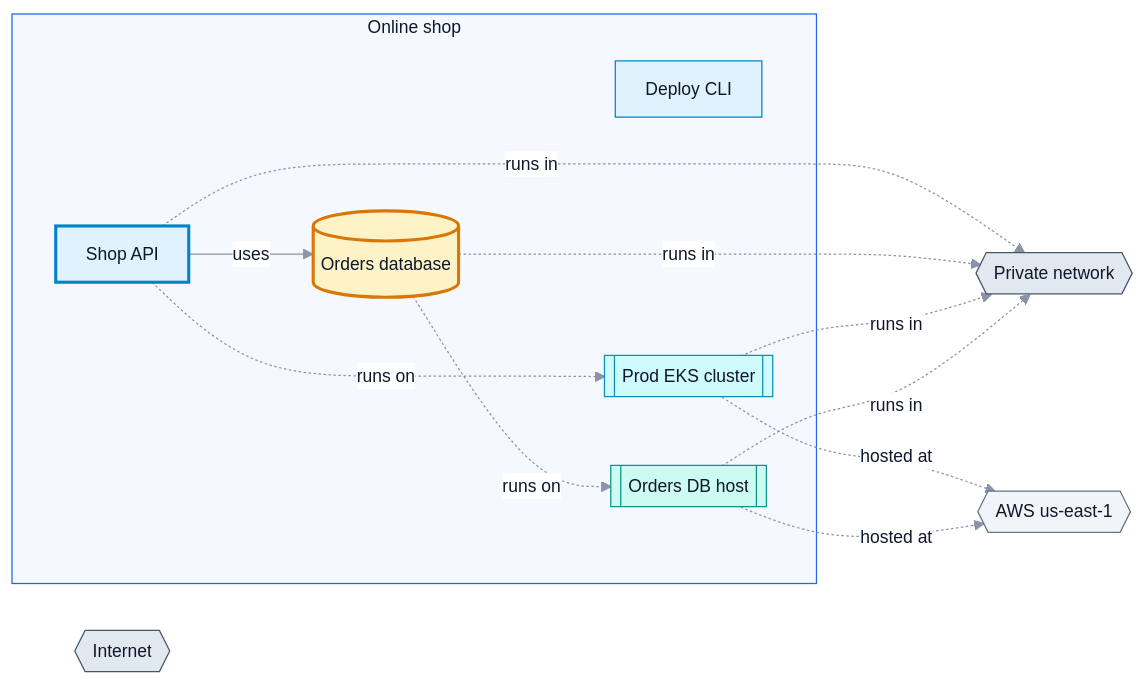
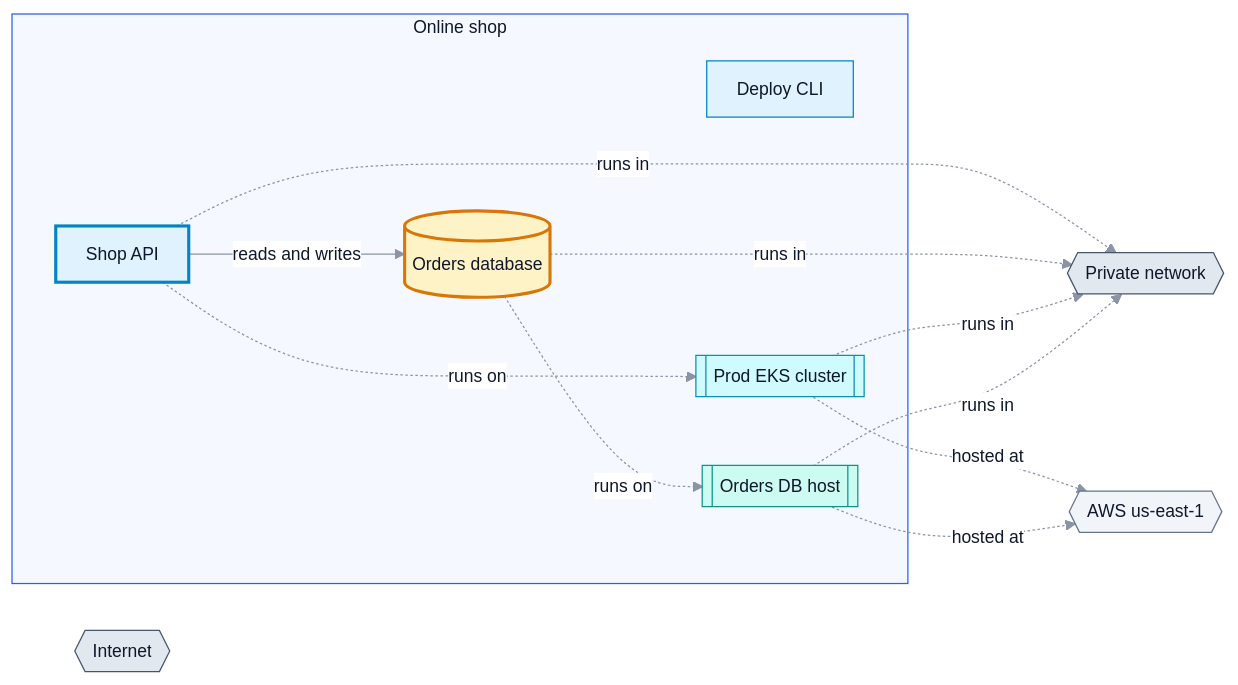
The diagram in samples/diagrams/online-shop-deployment.md (stfbln/sdd-studio), drawn with Mermaid before and after one commit. The commit also changed 15 other files, not shown here.

````diff
--- a/samples/diagrams/online-shop-deployment.md
+++ b/samples/diagrams/online-shop-deployment.md
@@ -6,40 +6,40 @@
 ```mermaid
 %%{init: {"theme": "base", "themeVariables": { "fontFamily": "system-ui, -apple-system, Segoe UI, Roboto, sans-serif", "fontSize": "14px", "lineColor": "#8a94a6", "primaryColor": "#eef2f7", "primaryBorderColor": "#8a94a6", "primaryTextColor": "#0f172a", "clusterBkg": "#f8fafc", "clusterBorder": "#cbd5e1", "edgeLabelBackground": "#ffffff" }, "flowchart": {"nodeSpacing": 55, "rankSpacing": 70, "padding": 12, "curve": "basis", "diagramPadding": 16}} }%%
 flowchart LR
   subgraph system_online_shop["Online shop"]
     component_deploy_cli["Deploy CLI"]
     component_shop_api["Shop API"]
     resource_orders_db[("Orders database")]
     platform_prod_eks_cluster[["Prod EKS cluster"]]
     infrastructure_db_host[["Orders DB host"]]
   end
   network_internet{{"Internet"}}
   network_private{{"Private network"}}
   site_aws_us_east_1{{"AWS us-east-1"}}
 
-  component_shop_api -->|uses| resource_orders_db
+  component_shop_api -->|reads and writes| resource_orders_db
   component_shop_api -.->|runs in| network_private
   component_shop_api -.->|runs on| platform_prod_eks_cluster
   resource_orders_db -.->|runs in| network_private
   resource_orders_db -.->|runs on| infrastructure_db_host
   platform_prod_eks_cluster -.->|runs in| network_private
   platform_prod_eks_cluster -.->|hosted at| site_aws_us_east_1
   infrastructure_db_host -.->|runs in| network_private
   infrastructure_db_host -.->|hosted at| site_aws_us_east_1
 
   classDef component fill:#e0f2fe,stroke:#0284c7,stroke-width:1px,color:#0f172a;
   class component_deploy_cli,component_shop_api component;
   classDef resource fill:#fef3c7,stroke:#d97706,stroke-width:1px,color:#0f172a;
   class resource_orders_db resource;
   classDef network fill:#e2e8f0,stroke:#475569,stroke-width:1px,color:#0f172a;
   class network_internet,network_private network;
   classDef platform fill:#cffafe,stroke:#0891b2,stroke-width:1px,color:#0f172a;
   class platform_prod_eks_cluster platform;
   classDef infrastructure fill:#ccfbf1,stroke:#0d9488,stroke-width:1px,color:#0f172a;
   class infrastructure_db_host infrastructure;
   classDef site fill:#f1f5f9,stroke:#64748b,stroke-width:1px,color:#0f172a;
   class site_aws_us_east_1 site;
   style system_online_shop fill:#f5f9ff,stroke:#2563eb,stroke-width:1px,color:#0f172a;
   style component_shop_api fill:#e0f2fe,stroke:#0284c7,stroke-width:2.5px,color:#0f172a;
   style resource_orders_db fill:#fef3c7,stroke:#d97706,stroke-width:2.5px,color:#0f172a;
 ```
````
